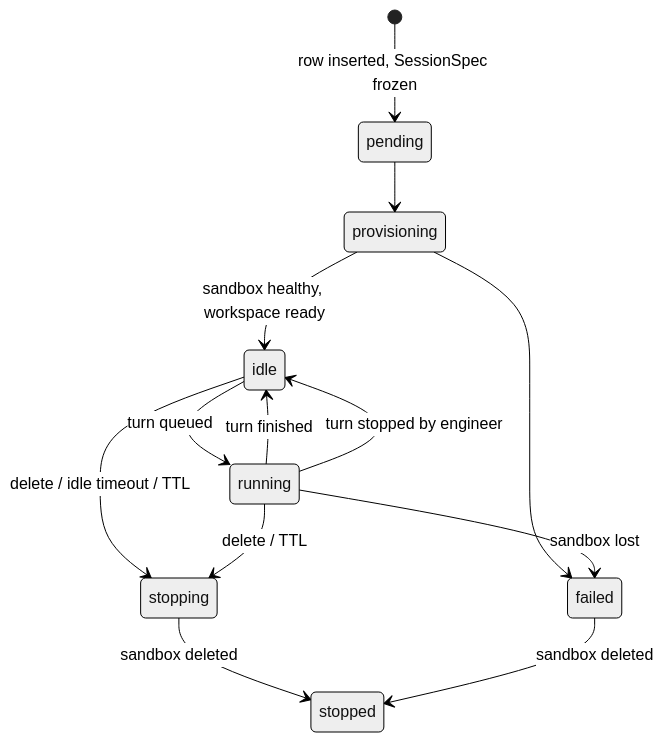
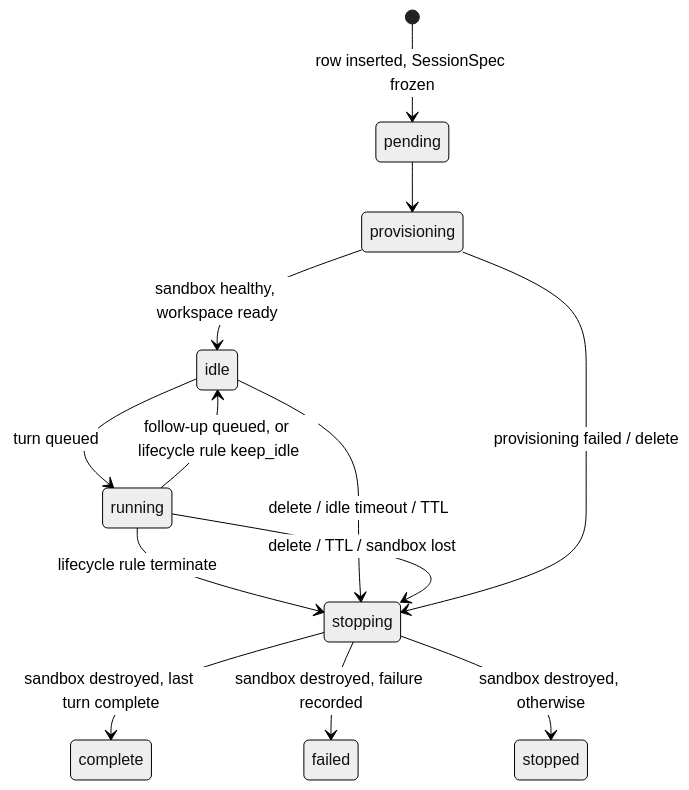
One commit to IvanKuzyshyn/coding-agent-playground changed the second of 2 diagrams in docs/plan/local-prototype-plan.md. Above: the diagram before and after it, drawn with Mermaid (neutral theme). The commit also changed other lines of this file and 25 other files, not shown here.

First line of the commit message:
Add complete status and lifecycle rules for ending sessions

````diff
--- a/docs/plan/local-prototype-plan.md
+++ b/docs/plan/local-prototype-plan.md
@@ -106,15 +106,15 @@
 ```mermaid
 stateDiagram-v2
     [*] --> pending: row inserted, SessionSpec frozen
     pending --> provisioning
     provisioning --> idle: sandbox healthy, workspace ready
     idle --> running: turn queued
-    running --> idle: turn finished
-    running --> idle: turn stopped by engineer
+    running --> idle: follow-up queued, or lifecycle rule keep_idle
+    running --> stopping: lifecycle rule terminate
     idle --> stopping: delete / idle timeout / TTL
-    running --> stopping: delete / TTL
-    provisioning --> failed
-    running --> failed: sandbox lost
-    stopping --> stopped: sandbox deleted
-    failed --> stopped: sandbox deleted
+    running --> stopping: delete / TTL / sandbox lost
+    provisioning --> stopping: provisioning failed / delete
+    stopping --> complete: sandbox destroyed, last turn complete
+    stopping --> failed: sandbox destroyed, failure recorded
+    stopping --> stopped: sandbox destroyed, otherwise
 ```
````
